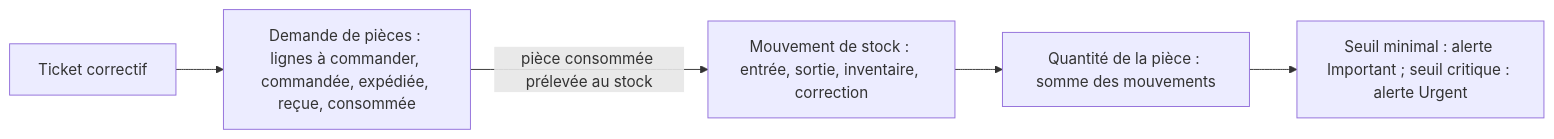
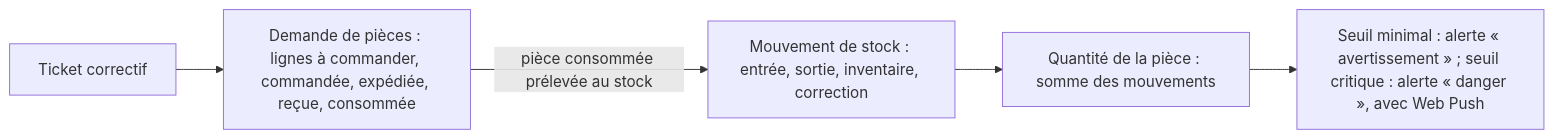
Before and after one commit to Mattrix2211/Matrix: the diagram in docs/dossier-technique/schemas/src/S27_stock_et_pieces.mmd, drawn with Mermaid. The commit also changed 82 other files, not shown here.

```diff
--- a/docs/dossier-technique/schemas/src/S27_stock_et_pieces.mmd
+++ b/docs/dossier-technique/schemas/src/S27_stock_et_pieces.mmd
@@ -1,9 +1,9 @@
 flowchart LR
   MV["Mouvement de stock : entrée, sortie, inventaire, correction"]
   SO["Quantité de la pièce : somme des mouvements"]
-  AL["Seuil minimal : alerte Important ; seuil critique : alerte Urgent"]
+  AL["Seuil minimal : alerte « avertissement » ; seuil critique : alerte « danger », avec Web Push"]
   TK["Ticket correctif"]
   DP["Demande de pièces : lignes à commander, commandée, expédiée, reçue, consommée"]
   MV --> SO --> AL
   TK --> DP
   DP -->|"pièce consommée prélevée au stock"| MV
```
